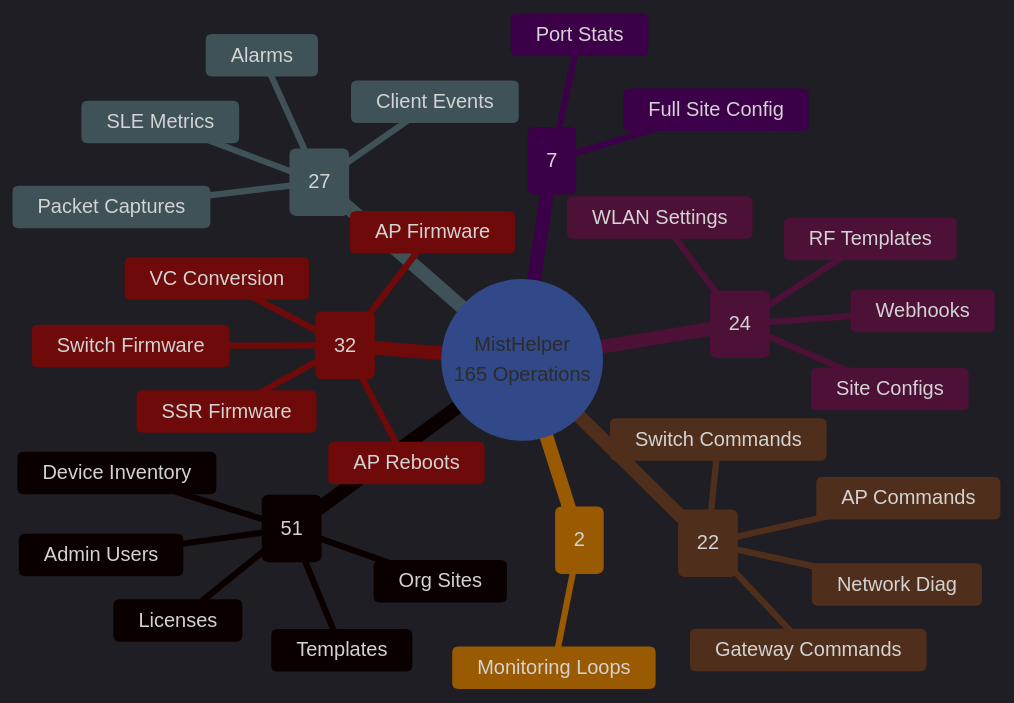
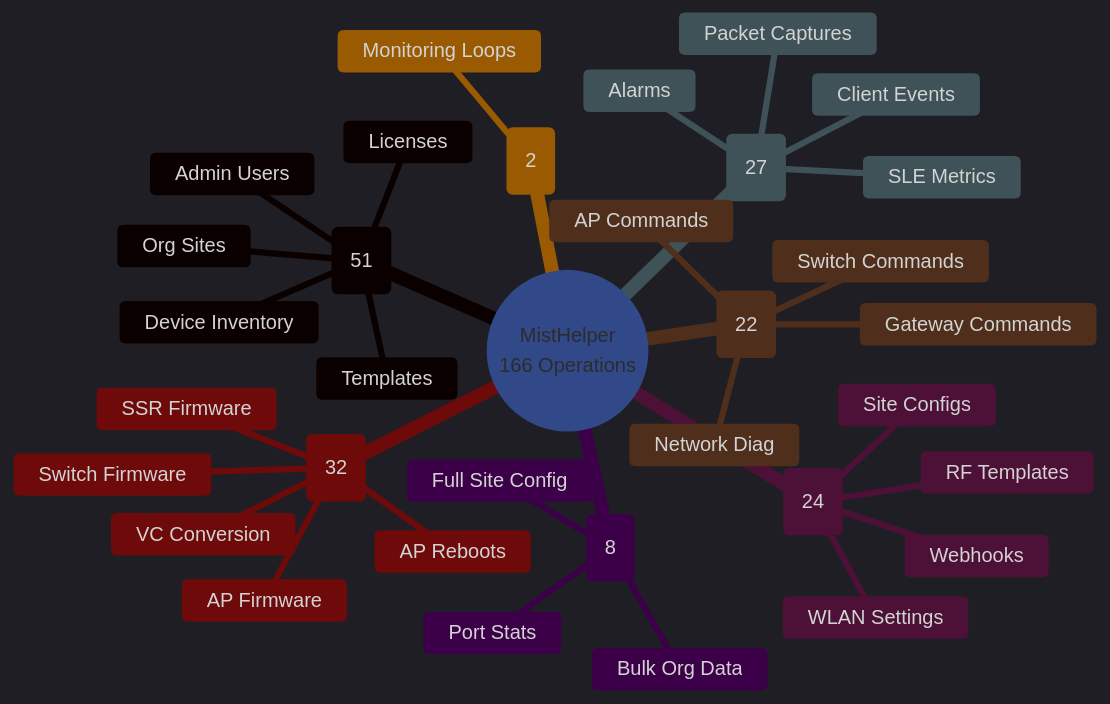
The second of 2 diagrams in README.md (jmorrison-juniper/MistHelper), drawn with Mermaid before and after one commit. The commit also changed other lines of this file and 6 other files, not shown here.

First line of the commit message:
feat(165): Bulk org data collection with 137 API operations

````diff
--- a/README.md
+++ b/README.md
@@ -96,46 +96,47 @@
 ```mermaid
 %%{init: {'theme': 'dark', 'themeVariables': {
   'primaryColor': '#E20074',
   'primaryTextColor': '#E0E0E0',
   'primaryBorderColor': '#99004D',
   'lineColor': '#FF4DA6',
   'secondaryColor': '#16213E',
   'tertiaryColor': '#1A1A2E',
   'fontFamily': 'ui-monospace, monospace'
 }}}%%
 mindmap
-  root((MistHelper<br/>165 Operations))
+  root((MistHelper<br/>166 Operations))
     Safe (51)
       Org Sites
       Device Inventory
       Licenses
       Templates
       Admin Users
     Interactive Safe (24)
       Site Configs
       WLAN Settings
       RF Templates
       Webhooks
     Interactive (27)
       Packet Captures
       SLE Metrics
       Client Events
       Alarms
     WebSocket (22)
       AP Commands
       Switch Commands
       Gateway Commands
       Network Diag
     Destructive (32)
       ::icon(fa fa-warning)
       AP Firmware
       Switch Firmware
       SSR Firmware
       AP Reboots
       VC Conversion
-    Resource Intensive (7)
+    Resource Intensive (8)
       Port Stats
       Full Site Config
+      Bulk Org Data
     Continuous (2)
       Monitoring Loops
 ```
````
